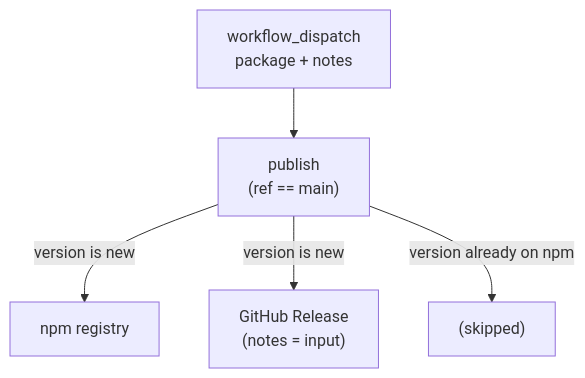
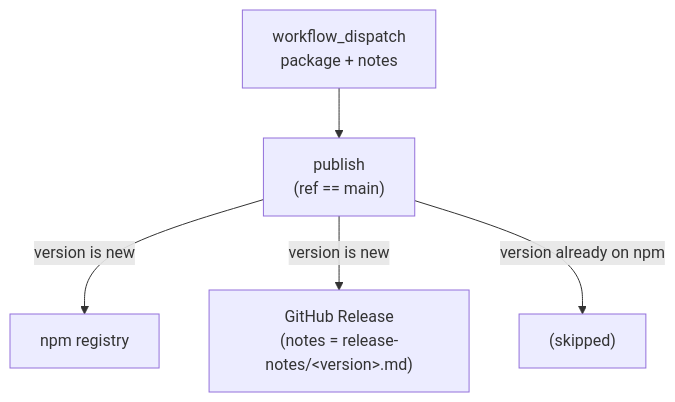
Before and after one commit to soroush-tech/core: the diagram in .github/workflows/cd-packages.md, drawn with Mermaid. The commit also changed other lines of this file and 27 other files, not shown here.

First line of the commit message:
feat(CI): source package release notes from in-repo files

````diff
--- a/.github/workflows/cd-packages.md
+++ b/.github/workflows/cd-packages.md
@@ -40,7 +38,7 @@
 ```mermaid
 flowchart TD
     trig["workflow_dispatch<br/>package + notes"] --> publish["publish<br/>(ref == main)"]
     publish -->|"version is new"| npm["npm registry"]
-    publish -->|"version is new"| rel["GitHub Release<br/>(notes = input)"]
+    publish -->|"version is new"| rel["GitHub Release<br/>(notes = release-notes/&lt;version&gt;.md)"]
     publish -->|"version already on npm"| skip["(skipped)"]
 ```
````
